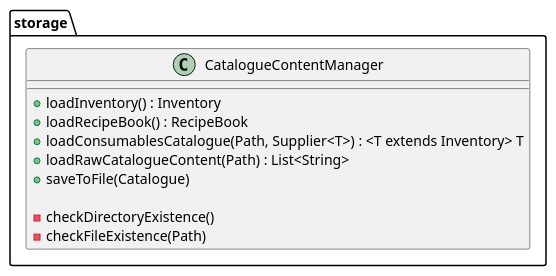
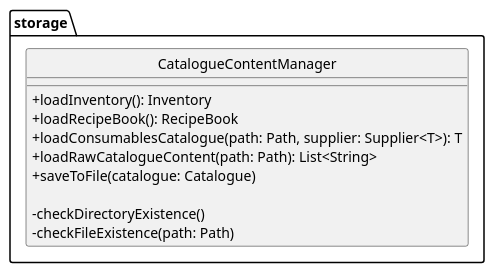
Before and after one commit to ChingWhee/tp: the diagram in docs/diagrams/storage.puml, drawn with PlantUML. The commit also changed 3 other files, not shown here.

Commit message:
Update DG UML diagrams

```diff
--- a/docs/diagrams/storage.puml
+++ b/docs/diagrams/storage.puml
@@ -1,14 +1,18 @@
 @startuml
+hide circle
+skinparam classAttributeIconSize 0
+
 package "storage" {
     class CatalogueContentManager {
-        +loadInventory() : Inventory
-        +loadRecipeBook() : RecipeBook
-        +loadConsumablesCatalogue(Path, Supplier<T>) : <T extends Inventory> T
-        +loadRawCatalogueContent(Path) : List<String>
-        +saveToFile(Catalogue)
+        + loadInventory(): Inventory
+        + loadRecipeBook(): RecipeBook
+        + loadConsumablesCatalogue(path: Path, supplier: Supplier<T>): T
+        + loadRawCatalogueContent(path: Path): List<String>
+        + saveToFile(catalogue: Catalogue)
 
-        -checkDirectoryExistence()
-        -checkFileExistence(Path)
+        - checkDirectoryExistence()
+        - checkFileExistence(path: Path)
     }
 }
+
 @enduml
```
